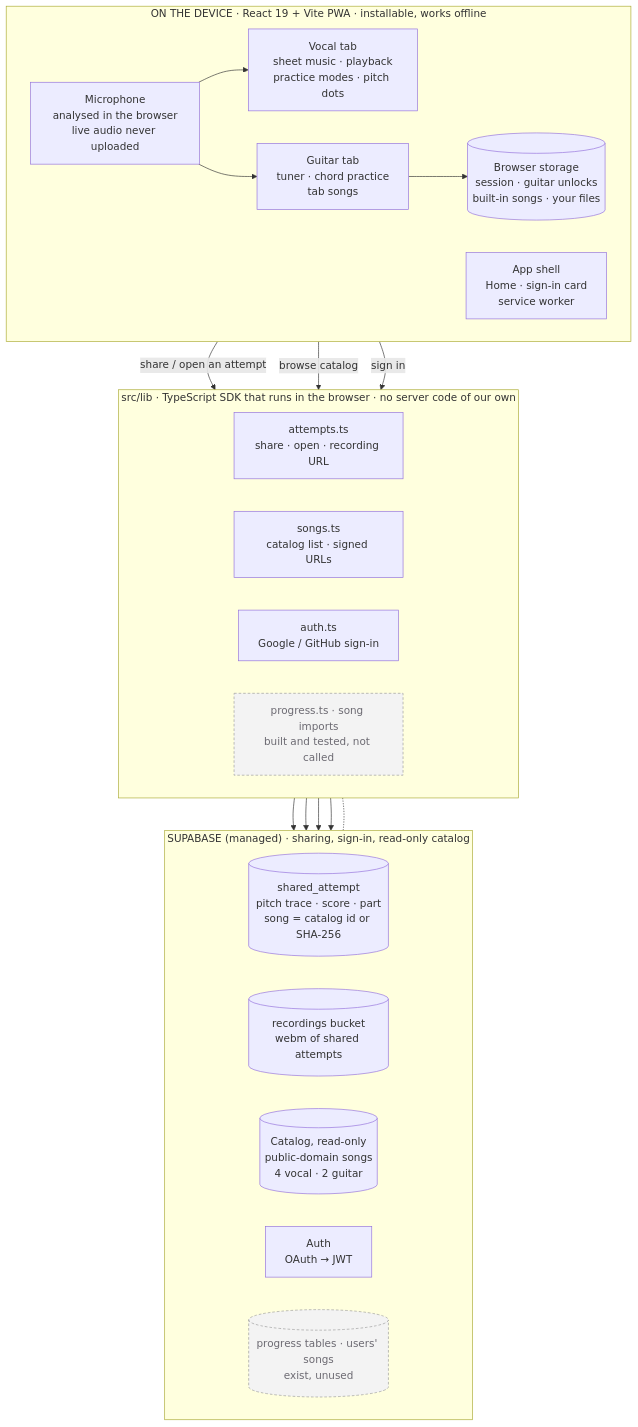
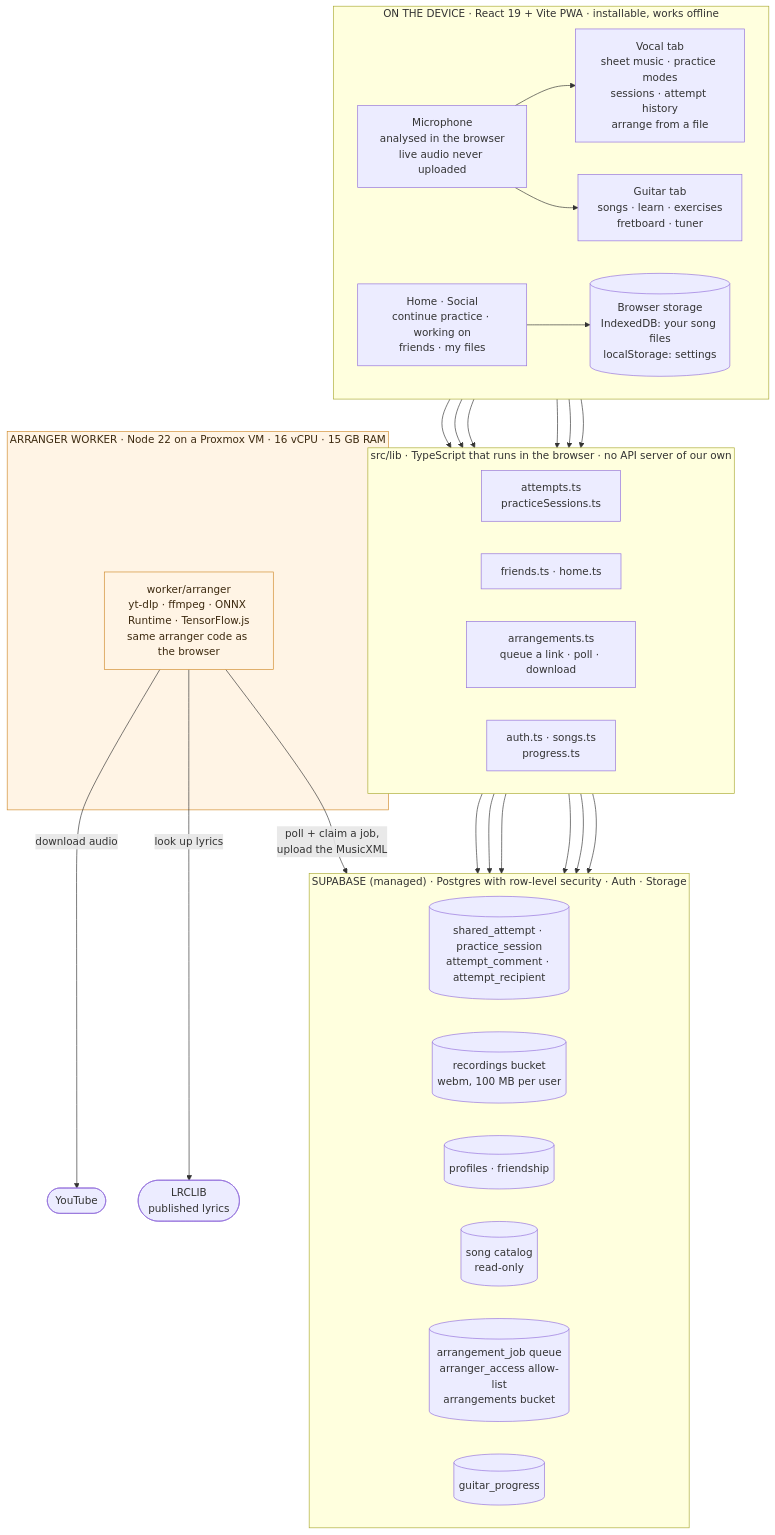
Before and after one commit to Harmonic-416/project: the first of 6 diagrams in docs/architecture.md, drawn with Mermaid. The commit also changed other lines of this file and 1 other file, not shown here.

First line of the commit message:
docs: architecture diagram with the arranger worker, and why it runs on a VM

````diff
--- a/docs/architecture.md
+++ b/docs/architecture.md
@@ -33,41 +37,52 @@
 ```mermaid
 flowchart TB
     subgraph DEVICE["ON THE DEVICE · React 19 + Vite PWA · installable, works offline"]
         direction LR
         MIC["Microphone<br/>analysed in the browser<br/>live audio never uploaded"]
-        VOCAL["Vocal tab<br/>sheet music · playback<br/>practice modes · pitch dots"]
-        GUITAR["Guitar tab<br/>tuner · chord practice<br/>tab songs"]
-        SHELL["App shell<br/>Home · sign-in card<br/>service worker"]
-        LOCAL[("Browser storage<br/>session · guitar unlocks<br/>built-in songs · your files")]
+        VOCAL["Vocal tab<br/>sheet music · practice modes<br/>sessions · attempt history<br/>arrange from a file"]
+        GUITAR["Guitar tab<br/>songs · learn · exercises<br/>fretboard · tuner"]
+        HOME["Home · Social<br/>continue practice · working on<br/>friends · my files"]
+        LOCAL[("Browser storage<br/>IndexedDB: your song files<br/>localStorage: settings")]
         MIC --> VOCAL & GUITAR
-        GUITAR --> LOCAL
+        HOME --> LOCAL
     end
 
-    subgraph API["src/lib · TypeScript SDK that runs in the browser · no server code of our own"]
+    subgraph API["src/lib · TypeScript that runs in the browser · no API server of our own"]
         direction LR
-        ATTLIB["attempts.ts<br/>share · open · recording URL"]
-        SONGSLIB["songs.ts<br/>catalog list · signed URLs"]
-        AUTHLIB["auth.ts<br/>Google / GitHub sign-in"]
-        IDLEAPI["progress.ts · song imports<br/>built and tested, not called"]
+        ATTLIB["attempts.ts<br/>practiceSessions.ts"]
+        SOCLIB["friends.ts · home.ts"]
+        ARRLIB["arrangements.ts<br/>queue a link · poll · download"]
+        OTHERLIB["auth.ts · songs.ts<br/>progress.ts"]
     end
 
-    subgraph SUPA["SUPABASE (managed) · sharing, sign-in, read-only catalog"]
+    subgraph SUPA["SUPABASE (managed) · Postgres with row-level security · Auth · Storage"]
         direction LR
-        SHARED[("shared_attempt<br/>pitch trace · score · part<br/>song = catalog id or SHA-256")]
-        REC[("recordings bucket<br/>webm of shared attempts")]
-        CAT[("Catalog, read-only<br/>public-domain songs<br/>4 vocal · 2 guitar")]
-        GOTRUE["Auth<br/>OAuth → JWT"]
-        IDLEDB[("progress tables · users' songs<br/>exist, unused")]
+        ATT[("shared_attempt · practice_session<br/>attempt_comment · attempt_recipient")]
+        REC[("recordings bucket<br/>webm, 100 MB per user")]
+        SOC[("profiles · friendship")]
+        CAT[("song catalog<br/>read-only")]
+        JOB[("arrangement_job queue<br/>arranger_access allow-list<br/>arrangements bucket")]
+        GP[("guitar_progress")]
     end
 
-    VOCAL -- "share / open an attempt" --> ATTLIB
-    VOCAL -- "browse catalog" --> SONGSLIB
-    SHELL -- "sign in" --> AUTHLIB
-    ATTLIB --> SHARED & REC
-    SONGSLIB --> CAT
-    AUTHLIB --> GOTRUE
-    IDLEAPI -.- IDLEDB
+    subgraph VM["ARRANGER WORKER · Node 22 on a Proxmox VM · 16 vCPU · 15 GB RAM"]
+        WORKER["worker/arranger<br/>yt-dlp · ffmpeg · ONNX Runtime · TensorFlow.js<br/>same arranger code as the browser"]
+    end
 
-    classDef idle fill:#f3f3f3,stroke:#9a9a9a,stroke-dasharray:4 3,color:#6c6a72
-    class IDLEAPI,IDLEDB idle
+    YT(["YouTube"])
+    LRC(["LRCLIB<br/>published lyrics"])
+
+    VOCAL --> ATTLIB & ARRLIB
+    HOME --> ATTLIB & SOCLIB
+    GUITAR --> ATTLIB & OTHERLIB
+    ATTLIB --> ATT & REC
+    SOCLIB --> SOC
+    OTHERLIB --> CAT & GP
+    ARRLIB --> JOB
+    WORKER -- "poll + claim a job,<br/>upload the MusicXML" --> JOB
+    WORKER -- "download audio" --> YT
+    WORKER -- "look up lyrics" --> LRC
+
+    classDef server fill:#fff4e5,stroke:#d08a2c,color:#3d2a10
+    class VM,WORKER server
 ```
````
